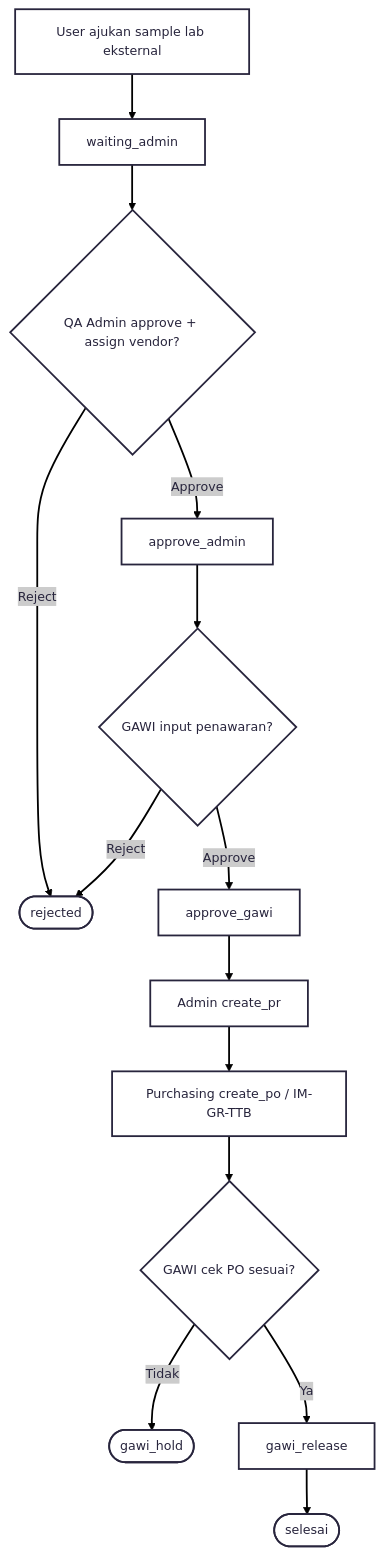
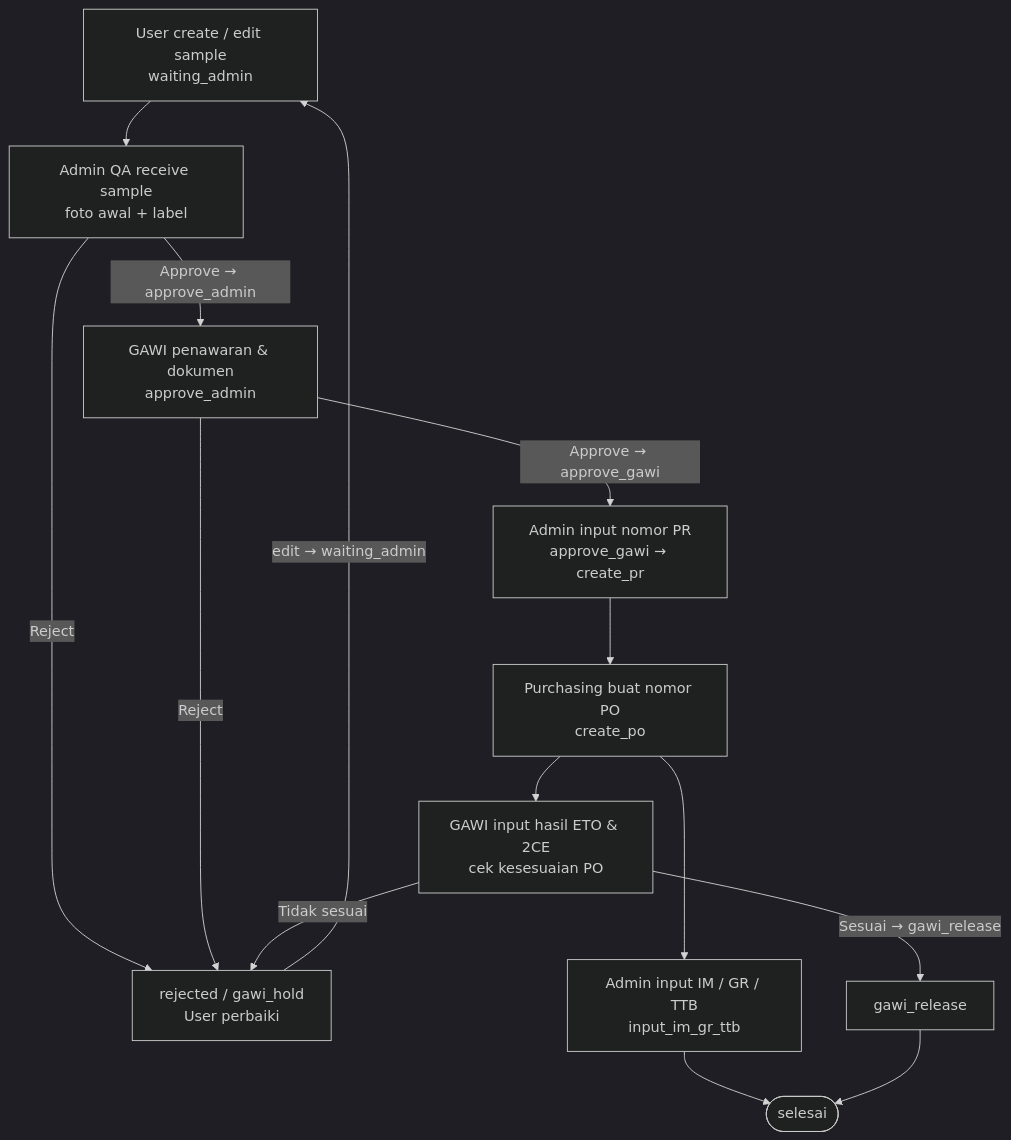
One commit to asrofilnadib/asrofilnadib.github.io changed the second of 3 diagrams in projects/briefs/smart-lab/diagram/flowchart.md. Above: the diagram before and after it, drawn with Mermaid. The commit also changed other lines of this file and 4 other files, not shown here.

First line of the commit message:
feat(portfolio): update flowchart content and improve SVG handling

````diff
--- a/projects/briefs/smart-lab/diagram/flowchart.md
+++ b/projects/briefs/smart-lab/diagram/flowchart.md
@@ -51,20 +83,20 @@
 ```mermaid
 ---
 config:
-  theme: redux
+  theme: dark
 ---
 flowchart TB
-  U[User ajukan sample lab eksternal] --> WA[waiting_admin]
-  WA --> QA{QA Admin approve + assign vendor?}
-  QA -->|Reject| RJ([rejected])
-  QA -->|Approve| AG[approve_admin]
-  AG --> GW{GAWI input penawaran?}
+  U["User create / edit sample<br/>waiting_admin"] --> QA["Admin QA receive sample<br/>foto awal + label"]
+  QA -->|Reject| RJ["rejected / gawi_hold<br/>User perbaiki"]
+  RJ -->|edit → waiting_admin| U
+  QA -->|Approve → approve_admin| GW["GAWI penawaran & dokumen<br/>approve_admin"]
   GW -->|Reject| RJ
-  GW -->|Approve| AP[approve_gawi]
-  AP --> PR[Admin create_pr]
-  PR --> PO[Purchasing create_po / IM-GR-TTB]
-  PO --> CK{GAWI cek PO sesuai?}
-  CK -->|Tidak| HOLD([gawi_hold])
-  CK -->|Ya| REL[gawi_release]
-  REL --> DONE([selesai])
+  GW -->|Approve → approve_gawi| PR["Admin input nomor PR<br/>approve_gawi → create_pr"]
+  PR --> PO["Purchasing buat nomor PO<br/>create_po"]
+  PO --> IM["Admin input IM / GR / TTB<br/>input_im_gr_ttb"]
+  PO --> ETO["GAWI input hasil ETO & 2CE<br/>cek kesesuaian PO"]
+  ETO -->|Tidak sesuai| RJ
+  ETO -->|Sesuai → gawi_release| REL["gawi_release"]
+  IM --> FIN(["selesai"])
+  REL --> FIN
 ```
````
